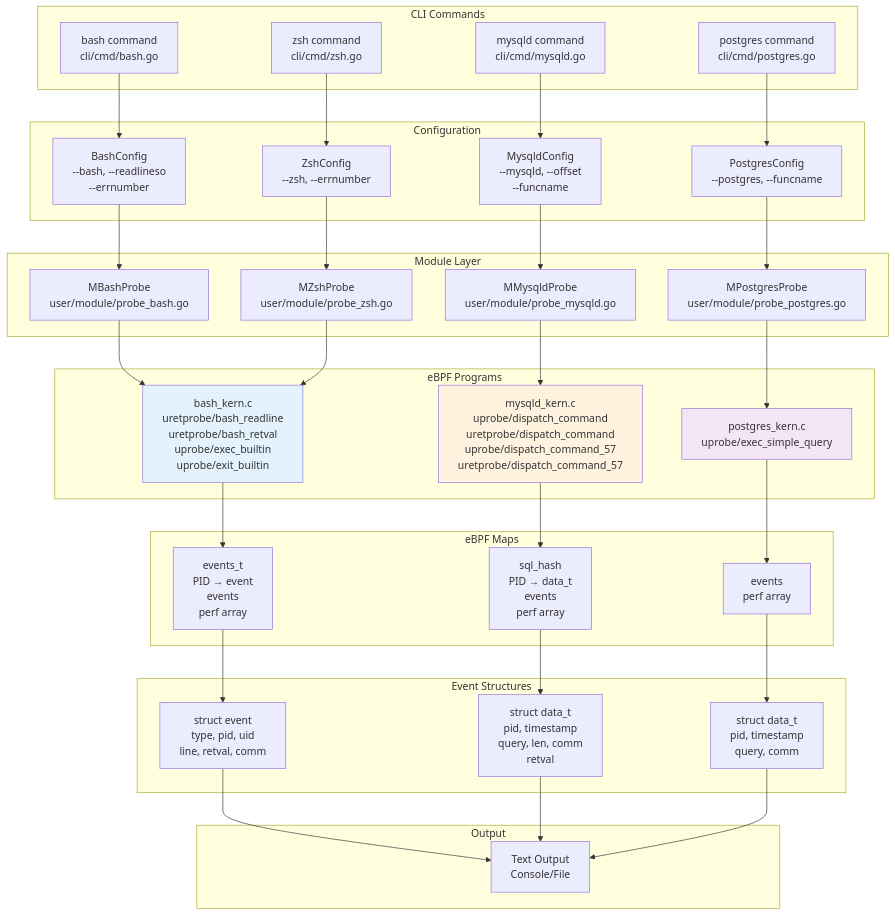
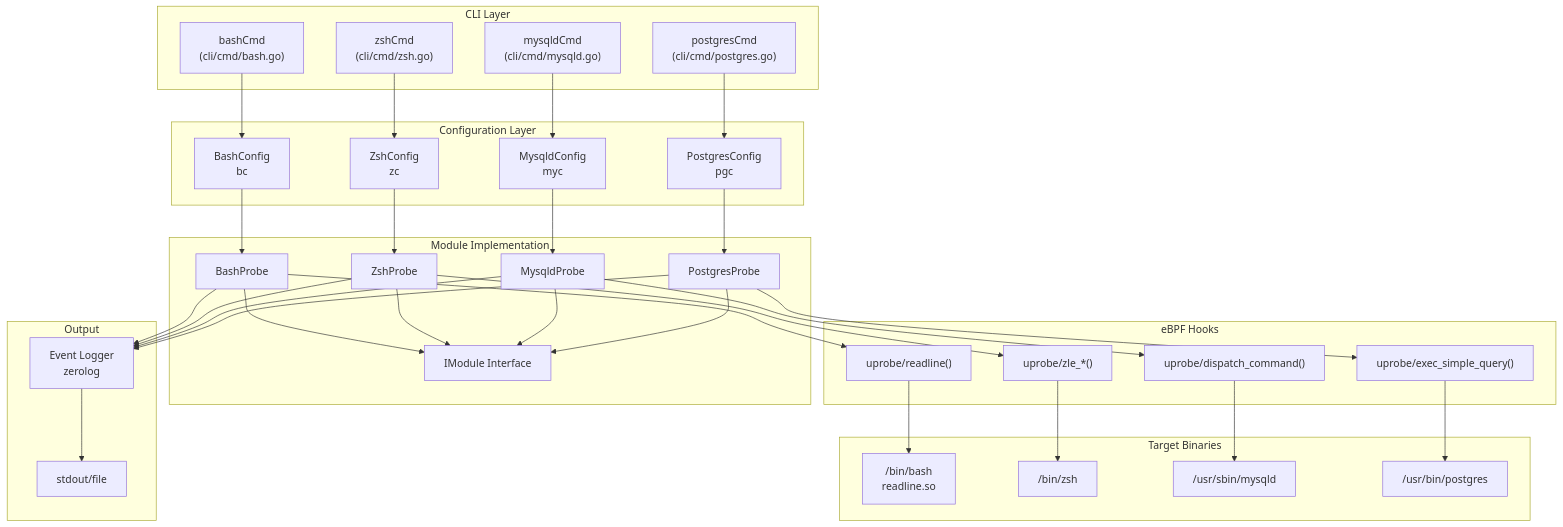
One commit to gojue/ecapture.cc changed the first of 3 diagrams in src/en/3-capture-modules/3.2-system-audit-modules.md. Above: the diagram before and after it, drawn with Mermaid. The commit also changed other lines of this file and 115 other files, not shown here.

````diff
--- a/src/en/3-capture-modules/3.2-system-audit-modules.md
+++ b/src/en/3-capture-modules/3.2-system-audit-modules.md
@@ -58,76 +71,75 @@
 ```mermaid
 graph TB
-    subgraph "CLI Commands"
-        BashCLI["bash command<br/>cli/cmd/bash.go"]
-        ZshCLI["zsh command<br/>cli/cmd/zsh.go"]
-        MysqlCLI["mysqld command<br/>cli/cmd/mysqld.go"]
-        PgCLI["postgres command<br/>cli/cmd/postgres.go"]
+    subgraph "CLI Layer"
+        BASH_CMD["bashCmd<br/>(cli/cmd/bash.go)"]
+        ZSH_CMD["zshCmd<br/>(cli/cmd/zsh.go)"]
+        MYSQL_CMD["mysqldCmd<br/>(cli/cmd/mysqld.go)"]
+        PG_CMD["postgresCmd<br/>(cli/cmd/postgres.go)"]
     end
     
-    subgraph "Configuration"
-        BashConfig["BashConfig<br/>--bash, --readlineso<br/>--errnumber"]
-        ZshConfig["ZshConfig<br/>--zsh, --errnumber"]
-        MysqlConfig["MysqldConfig<br/>--mysqld, --offset<br/>--funcname"]
-        PgConfig["PostgresConfig<br/>--postgres, --funcname"]
+    subgraph "Configuration Layer"
+        BASH_CFG["BashConfig<br/>bc"]
+        ZSH_CFG["ZshConfig<br/>zc"]
+        MYSQL_CFG["MysqldConfig<br/>myc"]
+        PG_CFG["PostgresConfig<br/>pgc"]
     end
     
-    subgraph "Module Layer"
-        BashModule["MBashProbe<br/>user/module/probe_bash.go"]
-        ZshModule["MZshProbe<br/>user/module/probe_zsh.go"]
-        MysqlModule["MMysqldProbe<br/>user/module/probe_mysqld.go"]
-        PgModule["MPostgresProbe<br/>user/module/probe_postgres.go"]
+    subgraph "Module Implementation"
+        IMODULE["IModule Interface"]
+        BASH_MOD["BashProbe"]
+        ZSH_MOD["ZshProbe"]
+        MYSQL_MOD["MysqldProbe"]
+        PG_MOD["PostgresProbe"]
     end
     
-    subgraph "eBPF Programs"
-        BashKern["bash_kern.c<br/>uretprobe/bash_readline<br/>uretprobe/bash_retval<br/>uprobe/exec_builtin<br/>uprobe/exit_builtin"]
-        MysqlKern["mysqld_kern.c<br/>uprobe/dispatch_command<br/>uretprobe/dispatch_command<br/>uprobe/dispatch_command_57<br/>uretprobe/dispatch_command_57"]
-        PgKern["postgres_kern.c<br/>uprobe/exec_simple_query"]
+    subgraph "eBPF Hooks"
+        UPROBE_READLINE["uprobe/readline()"]
+        UPROBE_ZLE["uprobe/zle_*()"]
+        UPROBE_DISPATCH["uprobe/dispatch_command()"]
+        UPROBE_EXEC["uprobe/exec_simple_query()"]
     end
     
-    subgraph "eBPF Maps"
-        BashMaps["events_t<br/>PID → event<br/>events<br/>perf array"]
-        MysqlMaps["sql_hash<br/>PID → data_t<br/>events<br/>perf array"]
-        PgMaps["events<br/>perf array"]
-    end
-    
-    subgraph "Event Structures"
-        BashEvent["struct event<br/>type, pid, uid<br/>line, retval, comm"]
-        MysqlEvent["struct data_t<br/>pid, timestamp<br/>query, len, comm<br/>retval"]
-        PgEvent["struct data_t<br/>pid, timestamp<br/>query, comm"]
+    subgraph "Target Binaries"
+        BASH_BIN["/bin/bash<br/>readline.so"]
+        ZSH_BIN["/bin/zsh"]
+        MYSQL_BIN["/usr/sbin/mysqld"]
+        PG_BIN["/usr/bin/postgres"]
     end
     
     subgraph "Output"
-        TextOutput["Text Output<br/>Console/File"]
+        LOGGER["Event Logger<br/>zerolog"]
+        STDOUT["stdout/file"]
     end
     
-    BashCLI --> BashConfig
-    ZshCLI --> ZshConfig
-    MysqlCLI --> MysqlConfig
-    PgCLI --> PgConfig
+    BASH_CMD --> BASH_CFG
+    ZSH_CMD --> ZSH_CFG
+    MYSQL_CMD --> MYSQL_CFG
+    PG_CMD --> PG_CFG
     
-    BashConfig --> BashModule
-    ZshConfig --> ZshModule
-    MysqlConfig --> MysqlModule
-    PgConfig --> PgModule
+    BASH_CFG --> BASH_MOD
+    ZSH_CFG --> ZSH_MOD
+    MYSQL_CFG --> MYSQL_MOD
+    PG_CFG --> PG_MOD
     
-    BashModule --> BashKern
-    ZshModule --> BashKern
-    MysqlModule --> MysqlKern
-    PgModule --> PgKern
+    BASH_MOD --> IMODULE
+    ZSH_MOD --> IMODULE
+    MYSQL_MOD --> IMODULE
+    PG_MOD --> IMODULE
     
-    BashKern --> BashMaps
-    MysqlKern --> MysqlMaps
-    PgKern --> PgMaps
+    BASH_MOD --> UPROBE_READLINE
+    ZSH_MOD --> UPROBE_ZLE
+    MYSQL_MOD --> UPROBE_DISPATCH
+    PG_MOD --> UPROBE_EXEC
     
-    BashMaps --> BashEvent
-    MysqlMaps --> MysqlEvent
-    PgMaps --> PgEvent
+    UPROBE_READLINE --> BASH_BIN
+    UPROBE_ZLE --> ZSH_BIN
+    UPROBE_DISPATCH --> MYSQL_BIN
+    UPROBE_EXEC --> PG_BIN
     
-    BashEvent --> TextOutput
-    MysqlEvent --> TextOutput
-    PgEvent --> TextOutput
+    BASH_MOD --> LOGGER
+    ZSH_MOD --> LOGGER
+    MYSQL_MOD --> LOGGER
+    PG_MOD --> LOGGER
     
-    style BashKern fill:#e3f2fd
-    style MysqlKern fill:#fff3e0
-    style PgKern fill:#f3e5f5
+    LOGGER --> STDOUT
 ```
````
